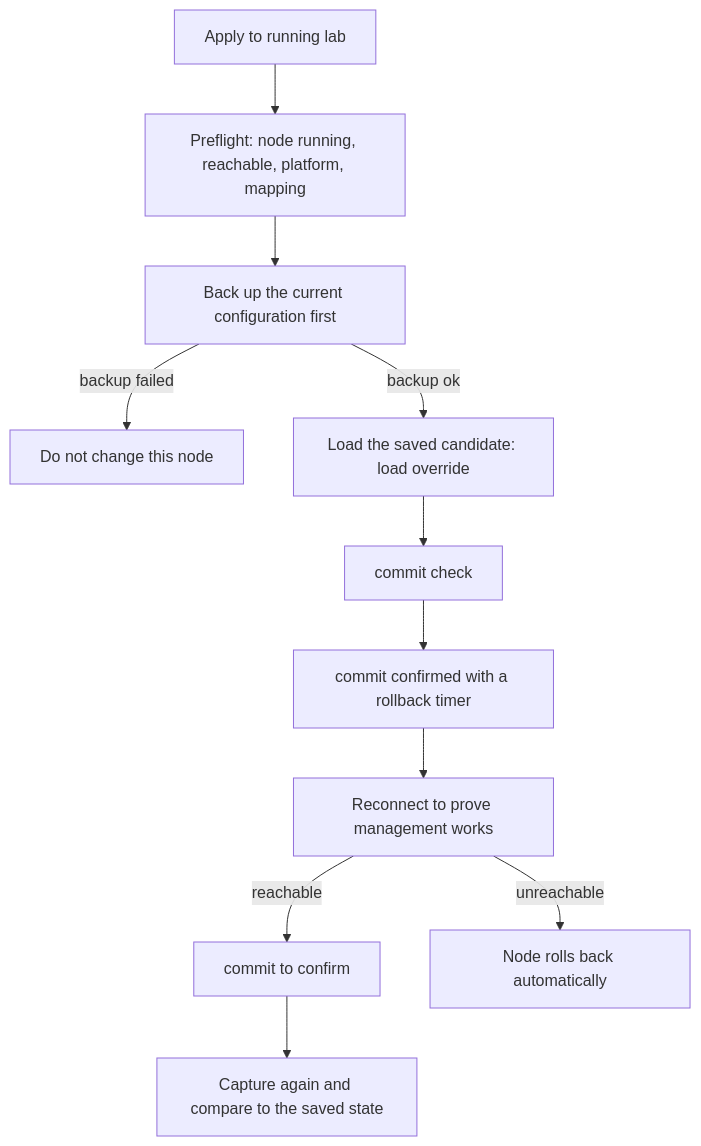
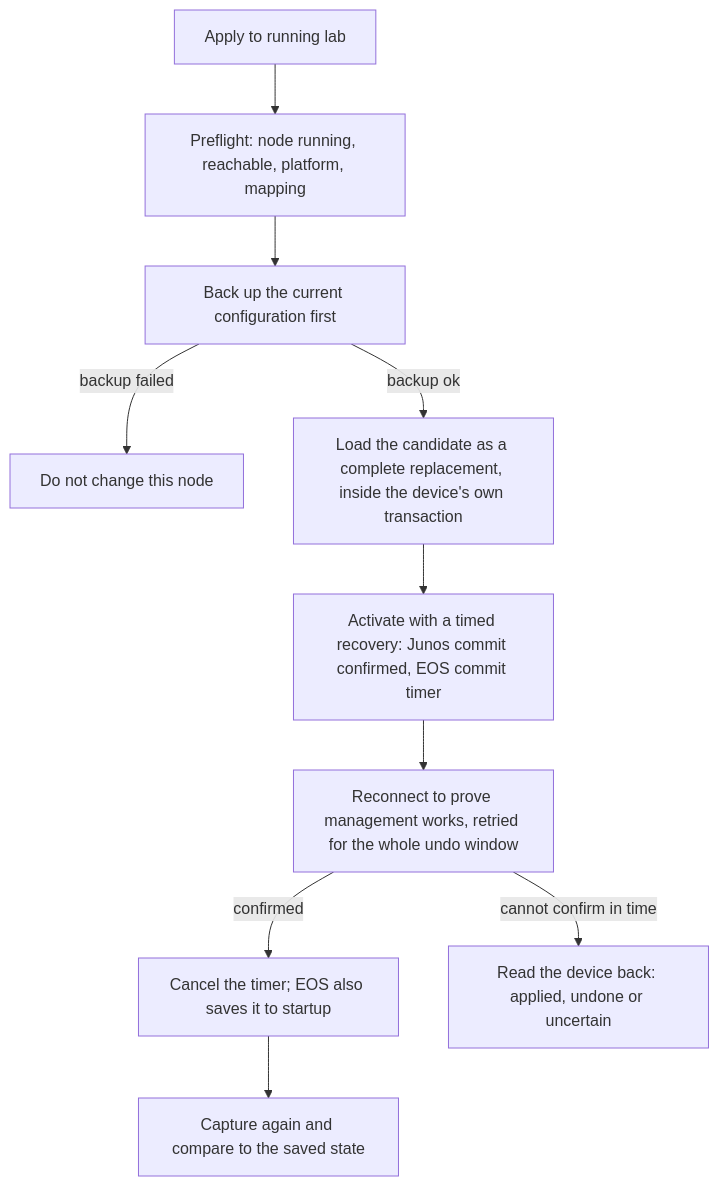
One commit to ArchRuger/CLAB-BACKUP-WORKER-v2 changed the fourth of 4 diagrams in docs/GIT-PROGRESS.md. Above: the diagram before and after it, drawn with Mermaid. The commit also changed other lines of this file and 112 other files, not shown here.

````diff
--- a/docs/GIT-PROGRESS.md
+++ b/docs/GIT-PROGRESS.md
@@ -355,13 +356,12 @@
 ```mermaid
 flowchart TD
     A[Apply to running lab] --> B[Preflight: node running, reachable, platform, mapping]
     B --> C[Back up the current configuration first]
     C -->|backup failed| D[Do not change this node]
-    C -->|backup ok| E[Load the saved candidate: load override]
-    E --> F[commit check]
-    F --> G[commit confirmed with a rollback timer]
-    G --> H[Reconnect to prove management works]
-    H -->|reachable| I[commit to confirm]
-    H -->|unreachable| J[Node rolls back automatically]
-    I --> K[Capture again and compare to the saved state]
+    C -->|backup ok| E[Load the candidate as a complete replacement, inside the device's own transaction]
+    E --> F[Activate with a timed recovery: Junos commit confirmed, EOS commit timer]
+    F --> G[Reconnect to prove management works, retried for the whole undo window]
+    G -->|confirmed| H[Cancel the timer; EOS also saves it to startup]
+    G -->|cannot confirm in time| I[Read the device back: applied, undone or uncertain]
+    H --> J[Capture again and compare to the saved state]
 ```
````
